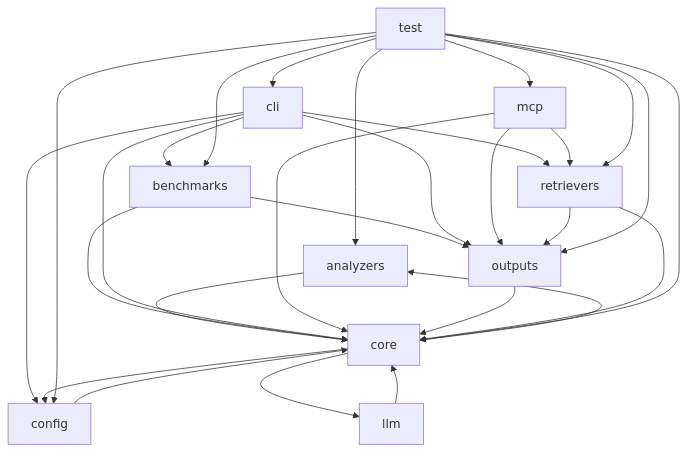
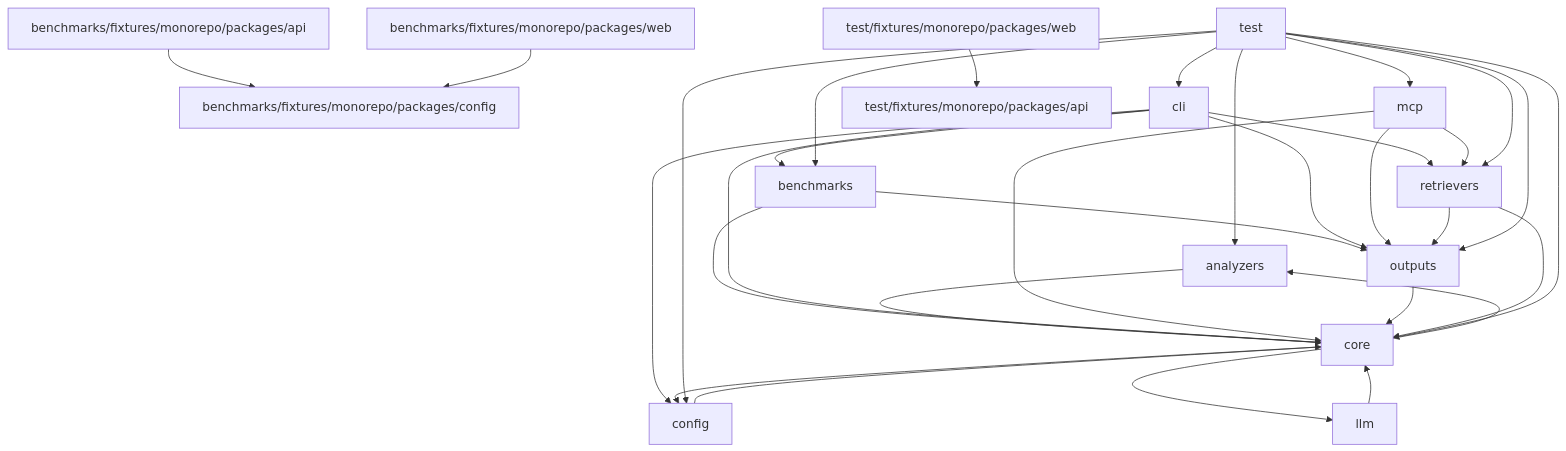
One commit to whut09/Code-Agent-plusplus changed the diagram in .agent-context/dependency-graph.md. Above: the diagram before and after it, drawn with Mermaid. The commit also changed other lines of this file and 36 other files, not shown here.

````diff
--- a/.agent-context/dependency-graph.md
+++ b/.agent-context/dependency-graph.md
@@ -4,30 +4,33 @@
 ```mermaid
 graph TD
   analyzers["analyzers"] --> core["core"]
   benchmarks["benchmarks"] --> core["core"]
   benchmarks["benchmarks"] --> outputs["outputs"]
+  benchmarks_fixtures_monorepo_packages_api["benchmarks/fixtures/monorepo/packages/api"] --> benchmarks_fixtures_monorepo_packages_config["benchmarks/fixtures/monorepo/packages/config"]
+  benchmarks_fixtures_monorepo_packages_web["benchmarks/fixtures/monorepo/packages/web"] --> benchmarks_fixtures_monorepo_packages_config["benchmarks/fixtures/monorepo/packages/config"]
   cli["cli"] --> benchmarks["benchmarks"]
   cli["cli"] --> config["config"]
   cli["cli"] --> core["core"]
   cli["cli"] --> outputs["outputs"]
   cli["cli"] --> retrievers["retrievers"]
   config["config"] --> core["core"]
   core["core"] --> analyzers["analyzers"]
   core["core"] --> config["config"]
   core["core"] --> llm["llm"]
   llm["llm"] --> core["core"]
   mcp["mcp"] --> core["core"]
   mcp["mcp"] --> outputs["outputs"]
   mcp["mcp"] --> retrievers["retrievers"]
   outputs["outputs"] --> core["core"]
   retrievers["retrievers"] --> core["core"]
   retrievers["retrievers"] --> outputs["outputs"]
   test["test"] --> analyzers["analyzers"]
   test["test"] --> benchmarks["benchmarks"]
   test["test"] --> cli["cli"]
   test["test"] --> config["config"]
   test["test"] --> core["core"]
   test["test"] --> mcp["mcp"]
   test["test"] --> outputs["outputs"]
   test["test"] --> retrievers["retrievers"]
+  test_fixtures_monorepo_packages_web["test/fixtures/monorepo/packages/web"] --> test_fixtures_monorepo_packages_api["test/fixtures/monorepo/packages/api"]
 ```
````
